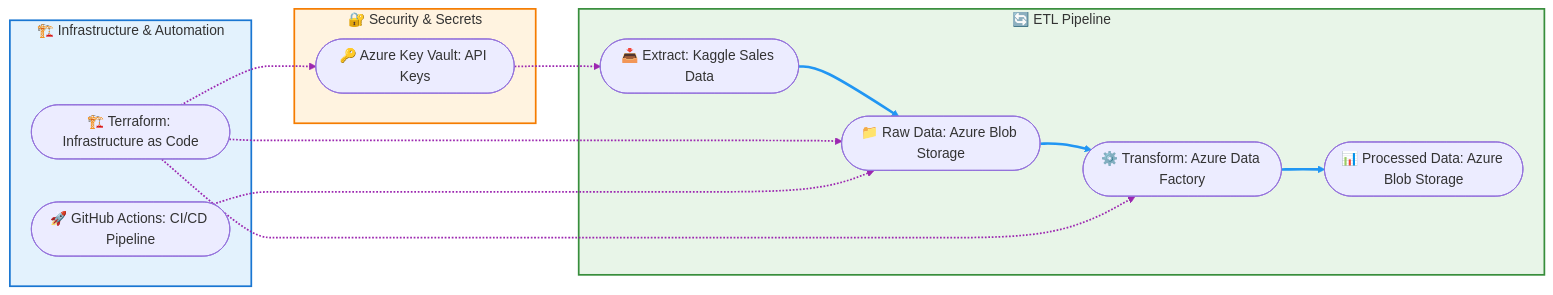
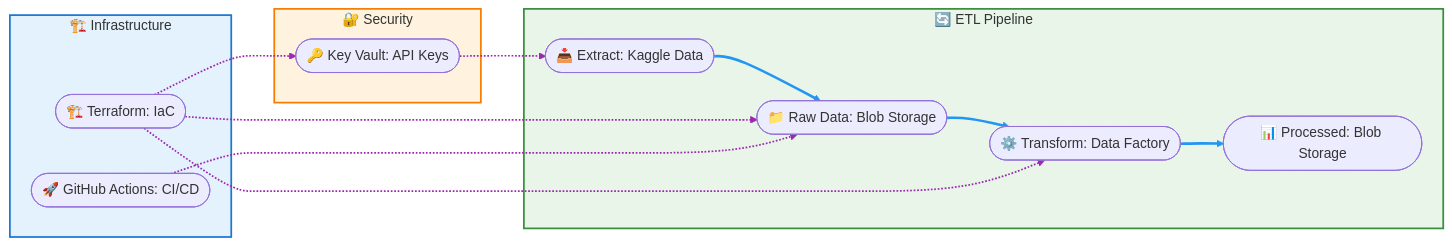
Before and after one commit to alexvidi/Azure-ETL-Project-Terraform-GitHubActions: the diagram in README.md, drawn with Mermaid.

````diff
--- a/README.md
+++ b/README.md
@@ -44,47 +44,47 @@
 ```mermaid
 flowchart LR
     subgraph ETL_Flow ["🔄 ETL Pipeline"]
-        A([📥 Extract: Kaggle Sales Data])
-        B([📁 Raw Data: Azure Blob Storage])
-        C([⚙️ Transform: Azure Data Factory])
-        D([📊 Processed Data: Azure Blob Storage])
+        A([📥 Extract: Kaggle Data])
+        B([📁 Raw Data: Blob Storage])
+        C([⚙️ Transform: Data Factory])
+        D([📊 Processed: Blob Storage])
         A --> B
         B --> C
         C --> D
     end
     
-    subgraph Infrastructure ["🏗️ Infrastructure & Automation"]
-        E([🏗️ Terraform: Infrastructure as Code])
-        F([🚀 GitHub Actions: CI/CD Pipeline])
+    subgraph Infrastructure ["🏗️ Infrastructure"]
+        E([🏗️ Terraform: IaC])
+        F([🚀 GitHub Actions: CI/CD])
     end
     
-    subgraph Security ["🔐 Security & Secrets"]
-        G([🔑 Azure Key Vault: API Keys])
+    subgraph Security ["🔐 Security"]
+        G([🔑 Key Vault: API Keys])
     end
     
     %% Connections
     G -.-> A
     E -.-> B
     E -.-> C
     E -.-> G
     F -.-> B
     
     %% Styling
     classDef etlBox fill:#e8f5e8,stroke:#388e3c,stroke-width:2px
     classDef infraBox fill:#e3f2fd,stroke:#1976d2,stroke-width:2px
     classDef secBox fill:#fff3e0,stroke:#f57c00,stroke-width:2px
     
     class ETL_Flow etlBox
     class Infrastructure infraBox
     class Security secBox
     
     %% Link styling
     linkStyle 0 stroke:#2196f3,stroke-width:3px
     linkStyle 1 stroke:#2196f3,stroke-width:3px
     linkStyle 2 stroke:#2196f3,stroke-width:3px
     linkStyle 3 stroke:#9c27b0,stroke-width:2px
     linkStyle 4 stroke:#9c27b0,stroke-width:2px
     linkStyle 5 stroke:#9c27b0,stroke-width:2px
     linkStyle 6 stroke:#9c27b0,stroke-width:2px
     linkStyle 7 stroke:#9c27b0,stroke-width:2px
 ```
````
